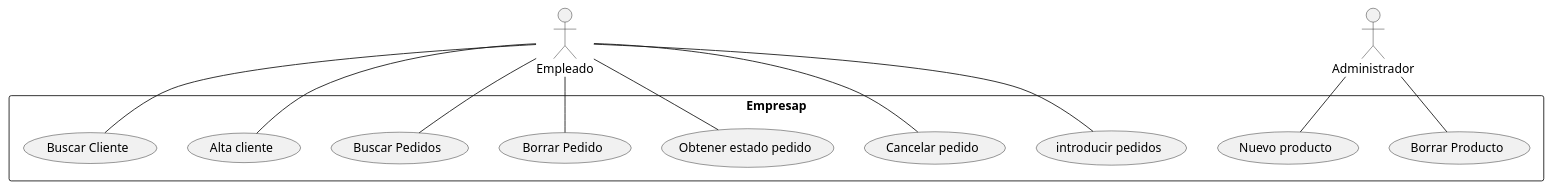
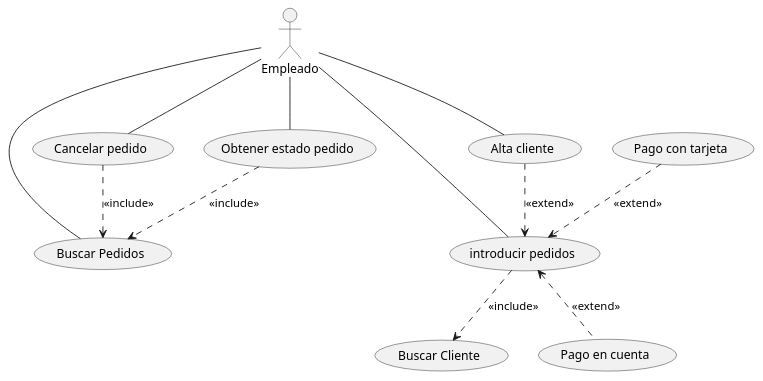
Before and after one commit to Carlosmanuelpre/CasosDeUsos2UML: the diagram in src/CasosDeUso2UML.puml, drawn with PlantUML.

Commit message:
Ejemplo nº6 podemos definir mas el diagrama con las relaciones de inclusion o extension entre dichos casos de uso

```diff
--- a/src/CasosDeUso2UML.puml
+++ b/src/CasosDeUso2UML.puml
@@ -1,29 +1,31 @@
 @startuml
 :Empleado:
-:Administrador:
 
-rectangle Empresap {
+
 (introducir pedidos)
 (Cancelar pedido)
 (Obtener estado pedido)
-(Borrar Pedido)
 (Buscar Pedidos)
 (Alta cliente)
 (Buscar Cliente)
-(Nuevo producto)
-(Borrar Producto)
-}
+(Pago con tarjeta)
+(Pago en cuenta)
+
 
 
 Empleado -- (introducir pedidos)
 Empleado -- (Cancelar pedido)
 Empleado --  (Obtener estado pedido)
-Empleado -- (Borrar Pedido)
 Empleado -- (Buscar Pedidos)
 Empleado -- (Alta cliente)
-Empleado -- (Buscar Cliente)
 
-Administrador -- (Nuevo producto)
-Administrador -- (Borrar Producto)
+(Alta cliente) ..>(introducir pedidos) : <<extend>>
+(introducir pedidos) ..> (Buscar Cliente) : <<include>>
+(Pago con tarjeta)..> (introducir pedidos) : <<extend>>
+(Cancelar pedido) ..> (Buscar Pedidos) : <<include>>
+(introducir pedidos) <..(Pago en cuenta) : <<extend>>
+(Obtener estado pedido) ..> (Buscar Pedidos) : <<include>>
+
+
 
 @enduml
```
